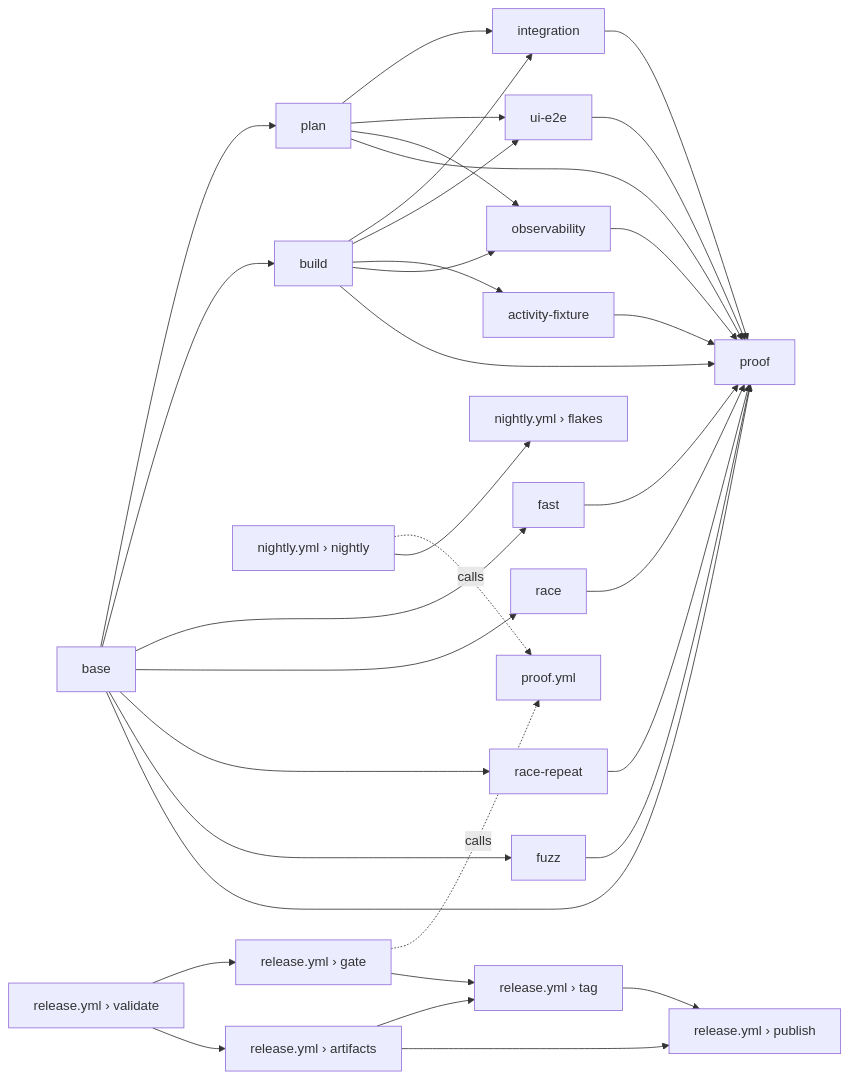
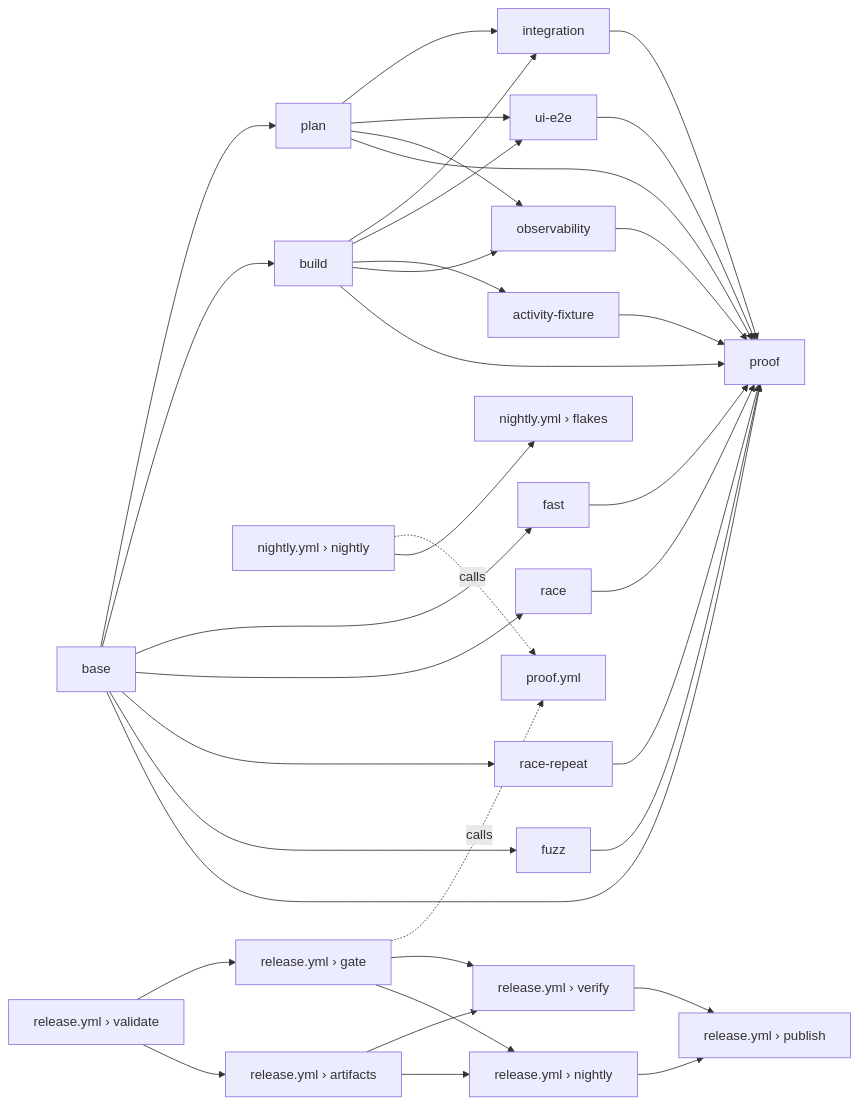
Before and after one commit to orkstack/orkstack: the diagram in docs/PROOFS.md, drawn with Mermaid. The commit also changed other lines of this file and 9 other files, not shown here.

````diff
--- a/docs/PROOFS.md
+++ b/docs/PROOFS.md
@@ -594,13 +595,13 @@
 ```mermaid
 flowchart LR
   base --> plan & build & fast & race & race_repeat["race-repeat"] & fuzz
   plan --> integration & ui_e2e["ui-e2e"] & observability
   build --> integration & ui_e2e & activity_fixture["activity-fixture"] & observability
   base & plan & build & fast & race & race_repeat & fuzz & integration & ui_e2e & activity_fixture & observability --> proof
   nightly["nightly.yml › nightly"] -. calls .-> callee["proof.yml"]
   gate["release.yml › gate"] -. calls .-> callee
-  validate["release.yml › validate"] --> gate --> tag["release.yml › tag"]
-  validate --> artifacts["release.yml › artifacts"] --> tag --> publish["release.yml › publish"]
-  artifacts --> publish
+  validate["release.yml › validate"] --> gate --> verify["release.yml › verify"]
+  validate --> artifacts["release.yml › artifacts"] --> verify --> publish["release.yml › publish"]
+  gate & artifacts --> release_nightly["release.yml › nightly"] --> publish
   nightly --> flakes["nightly.yml › flakes"]
 ```
````
